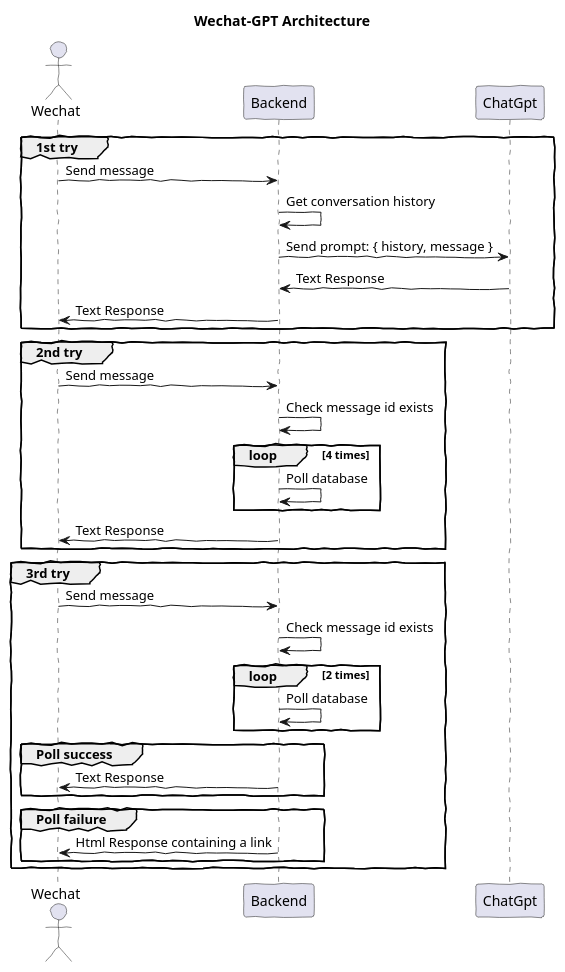
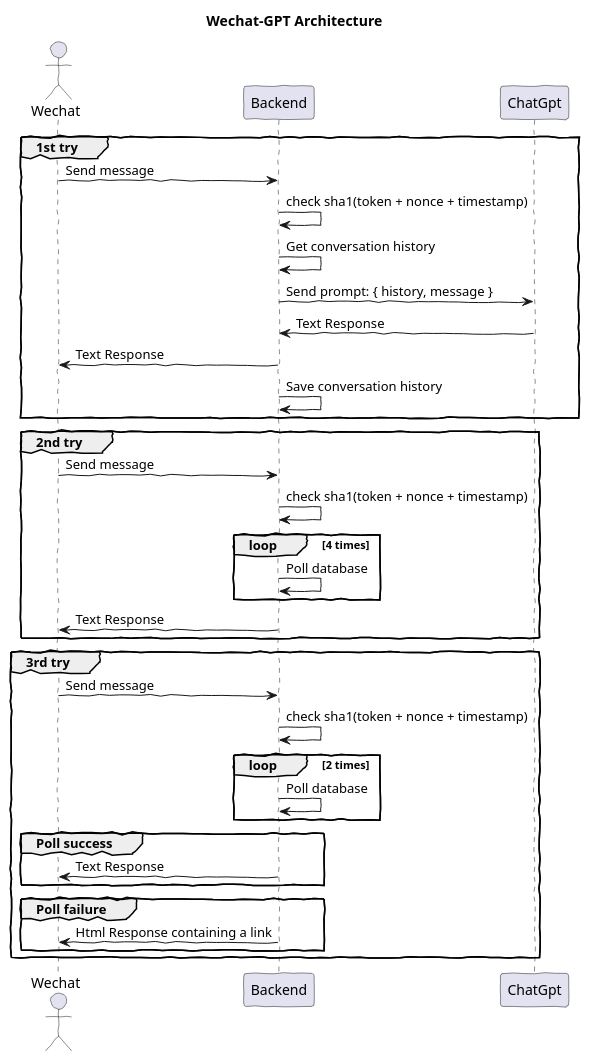
One commit to ws2356/chat changed the diagram in architecture.plantuml. Above: the diagram before and after it, drawn with PlantUML. The commit also changed 3 other files, not shown here.

Commit message:
add db diagram

```diff
--- a/architecture.plantuml
+++ b/architecture.plantuml
@@ -1,43 +1,45 @@
 @startuml
 skinparam handwritten true
 title Wechat-GPT Architecture
 
 actor       Wechat as wechat
 participant Backend as backend
 participant ChatGpt as gpt
 
 group 1st try
 wechat -> backend: Send message
+backend -> backend: check sha1(token + nonce + timestamp)
 backend -> backend: Get conversation history
 backend -> gpt: Send prompt: { history, message }
 backend <- gpt: Text Response
 wechat <- backend: Text Response
+backend -> backend: Save conversation history
 end group
 
 group 2nd try
 wechat -> backend: Send message
-backend -> backend: Check message id exists
+backend -> backend: check sha1(token + nonce + timestamp)
 loop 4 times
 backend -> backend: Poll database
 end
 wechat <- backend: Text Response
 end group
 
 group 3rd try
 wechat -> backend: Send message
-backend -> backend: Check message id exists
+backend -> backend: check sha1(token + nonce + timestamp)
 loop 2 times
 backend -> backend: Poll database
 end
 
 group Poll success
 wechat <- backend: Text Response
 end group
 
 group Poll failure
 wechat <- backend: Html Response containing a link
 end group
 
 end group
 
 @enduml
```
